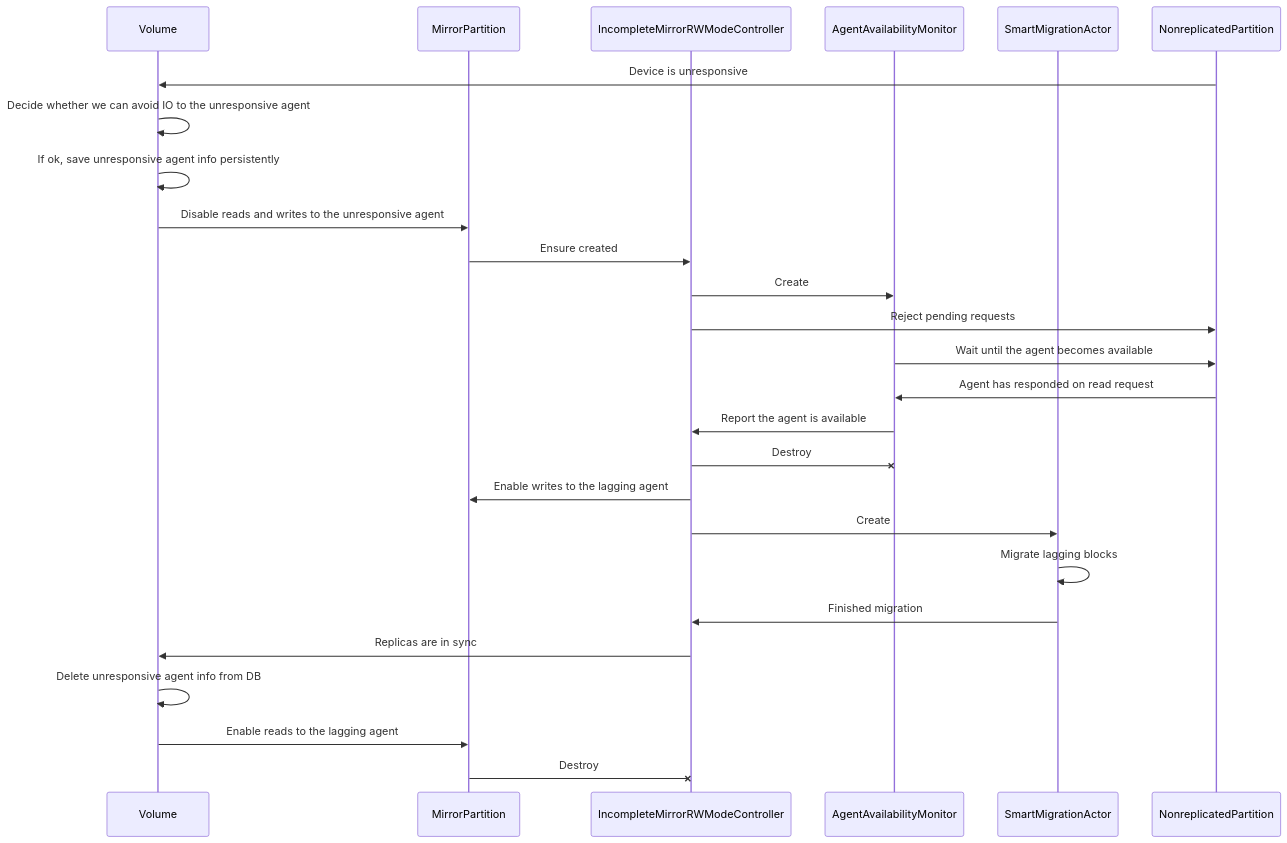
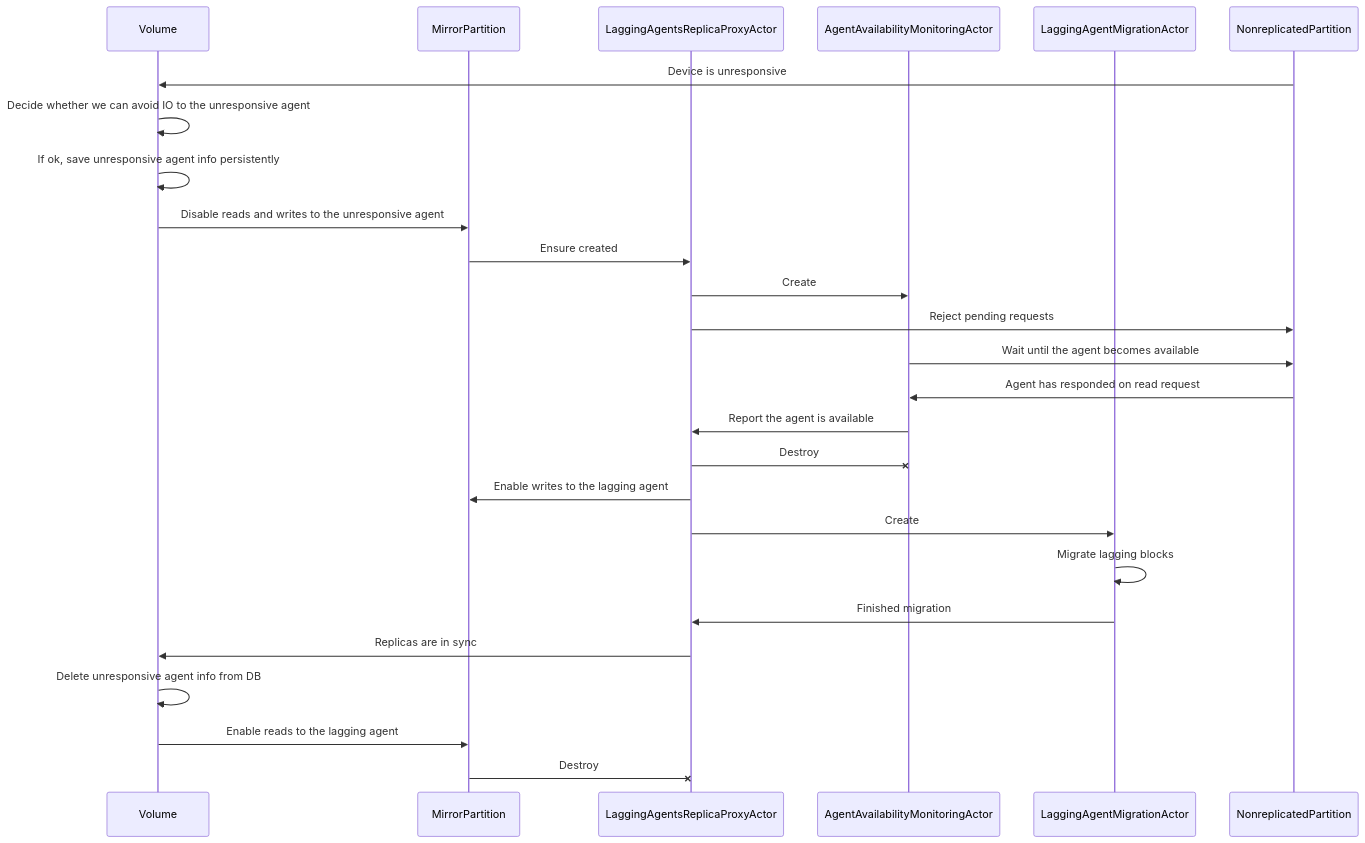
The second of 2 diagrams in doc/blockstore/storage/dynamic_io_mirroring_proposal.md (ydb-platform/nbs), drawn with Mermaid before and after one commit. The commit also changed other lines of this file and 26 other files, not shown here.

Commit message:
Lagging devices large tests; Logs fixes; Separate config params for migration speed of lagging devices; Actualize docs

````diff
--- a/doc/blockstore/storage/dynamic_io_mirroring_proposal.md
+++ b/doc/blockstore/storage/dynamic_io_mirroring_proposal.md
@@ -100,29 +100,29 @@
 ```mermaid
 sequenceDiagram
     participant Volume
     participant MirrorPartition
-    participant IncompleteMirrorRWModeController
-    participant AgentAvailabilityMonitor
-    participant SmartMigrationActor
+    participant LaggingAgentsReplicaProxyActor
+    participant AgentAvailabilityMonitoringActor
+    participant LaggingAgentMigrationActor
     participant NonreplicatedPartition
 
     NonreplicatedPartition ->> Volume: Device is unresponsive
     Volume ->> Volume: Decide whether we can avoid IO to the unresponsive agent
     Volume ->> Volume: If ok, save unresponsive agent info persistently
     Volume ->> MirrorPartition: Disable reads and writes to the unresponsive agent
-    MirrorPartition ->> IncompleteMirrorRWModeController: Ensure created
-    IncompleteMirrorRWModeController ->> AgentAvailabilityMonitor: Create
-    IncompleteMirrorRWModeController ->> NonreplicatedPartition: Reject pending requests
-    AgentAvailabilityMonitor ->> NonreplicatedPartition: Wait until the agent becomes available
-    NonreplicatedPartition ->> AgentAvailabilityMonitor: Agent has responded on read request
-    AgentAvailabilityMonitor ->> IncompleteMirrorRWModeController: Report the agent is available
-    IncompleteMirrorRWModeController -x AgentAvailabilityMonitor: Destroy
-    IncompleteMirrorRWModeController ->> MirrorPartition: Enable writes to the lagging agent
-    IncompleteMirrorRWModeController ->> SmartMigrationActor: Create
-    SmartMigrationActor ->> SmartMigrationActor: Migrate lagging blocks
-    SmartMigrationActor ->> IncompleteMirrorRWModeController: Finished migration
-    IncompleteMirrorRWModeController ->> Volume: Replicas are in sync
+    MirrorPartition ->> LaggingAgentsReplicaProxyActor: Ensure created
+    LaggingAgentsReplicaProxyActor ->> AgentAvailabilityMonitoringActor: Create
+    LaggingAgentsReplicaProxyActor ->> NonreplicatedPartition: Reject pending requests
+    AgentAvailabilityMonitoringActor ->> NonreplicatedPartition: Wait until the agent becomes available
+    NonreplicatedPartition ->> AgentAvailabilityMonitoringActor: Agent has responded on read request
+    AgentAvailabilityMonitoringActor ->> LaggingAgentsReplicaProxyActor: Report the agent is available
+    LaggingAgentsReplicaProxyActor -x AgentAvailabilityMonitoringActor: Destroy
+    LaggingAgentsReplicaProxyActor ->> MirrorPartition: Enable writes to the lagging agent
+    LaggingAgentsReplicaProxyActor ->> LaggingAgentMigrationActor: Create
+    LaggingAgentMigrationActor ->> LaggingAgentMigrationActor: Migrate lagging blocks
+    LaggingAgentMigrationActor ->> LaggingAgentsReplicaProxyActor: Finished migration
+    LaggingAgentsReplicaProxyActor ->> Volume: Replicas are in sync
     Volume ->> Volume: Delete unresponsive agent info from DB
     Volume ->> MirrorPartition: Enable reads to the lagging agent
-    MirrorPartition -x IncompleteMirrorRWModeController: Destroy
+    MirrorPartition -x LaggingAgentsReplicaProxyActor: Destroy
 ```
````
